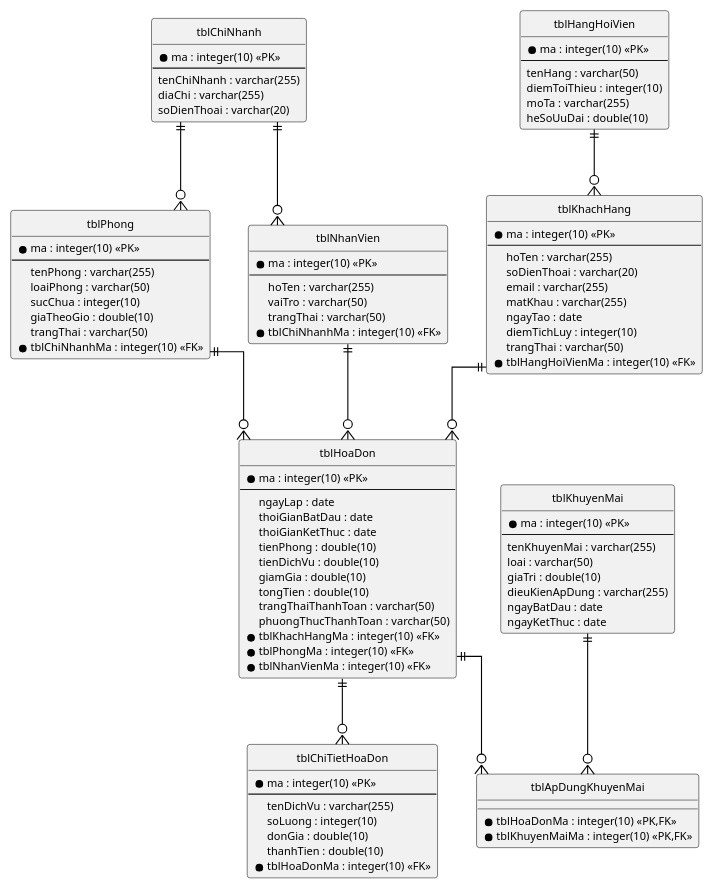
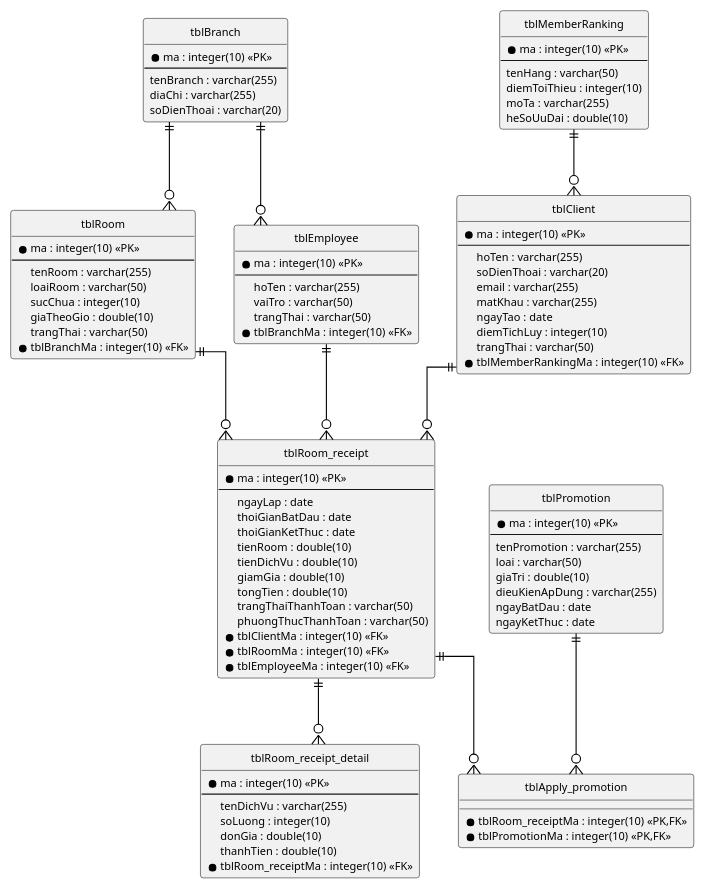
The diagram in docs/tabs/section-booking-iii.2.md (thanhtrnnn/cnpm), drawn with PlantUML before and after one commit. The commit also changed other lines of this file and 16 other files, not shown here.

````diff
--- a/docs/tabs/section-booking-iii.2.md
+++ b/docs/tabs/section-booking-iii.2.md
@@ -59,35 +59,35 @@
 skinparam lineColor #000000
 hide circle
 
-entity "tblChiNhanh" {
+entity "tblBranch" {
   * ma : integer(10) <<PK>>
   --
-  tenChiNhanh : varchar(255)
+  tenBranch : varchar(255)
   diaChi : varchar(255)
   soDienThoai : varchar(20)
 }
 
-entity "tblPhong" {
+entity "tblRoom" {
   * ma : integer(10) <<PK>>
   --
-  tenPhong : varchar(255)
-  loaiPhong : varchar(50)
+  tenRoom : varchar(255)
+  loaiRoom : varchar(50)
   sucChua : integer(10)
   giaTheoGio : double(10)
   trangThai : varchar(50)
-  * tblChiNhanhMa : integer(10) <<FK>>
+  * tblBranchMa : integer(10) <<FK>>
 }
 
-entity "tblNhanVien" {
+entity "tblEmployee" {
   * ma : integer(10) <<PK>>
   --
   hoTen : varchar(255)
   vaiTro : varchar(50)
   trangThai : varchar(50)
-  * tblChiNhanhMa : integer(10) <<FK>>
+  * tblBranchMa : integer(10) <<FK>>
 }
 
-entity "tblKhachHang" {
+entity "tblClient" {
   * ma : integer(10) <<PK>>
   --
   hoTen : varchar(255)
@@ -97,10 +97,10 @@
   ngayTao : date
   diemTichLuy : integer(10)
   trangThai : varchar(50)
-  * tblHangHoiVienMa : integer(10) <<FK>>
+  * tblMemberRankingMa : integer(10) <<FK>>
 }
 
-entity "tblHangHoiVien" {
+entity "tblMemberRanking" {
   * ma : integer(10) <<PK>>
   --
   tenHang : varchar(50)
@@ -109,37 +109,37 @@
   heSoUuDai : double(10)
 }
 
-entity "tblHoaDon" {
+entity "tblRoom_receipt" {
   * ma : integer(10) <<PK>>
   --
   ngayLap : date
   thoiGianBatDau : date
   thoiGianKetThuc : date
-  tienPhong : double(10)
+  tienRoom : double(10)
   tienDichVu : double(10)
   giamGia : double(10)
   tongTien : double(10)
   trangThaiThanhToan : varchar(50)
   phuongThucThanhToan : varchar(50)
-  * tblKhachHangMa : integer(10) <<FK>>
-  * tblPhongMa : integer(10) <<FK>>
-  * tblNhanVienMa : integer(10) <<FK>>
+  * tblClientMa : integer(10) <<FK>>
+  * tblRoomMa : integer(10) <<FK>>
+  * tblEmployeeMa : integer(10) <<FK>>
 }
 
-entity "tblChiTietHoaDon" {
+entity "tblRoom_receipt_detail" {
   * ma : integer(10) <<PK>>
   --
   tenDichVu : varchar(255)
   soLuong : integer(10)
   donGia : double(10)
   thanhTien : double(10)
-  * tblHoaDonMa : integer(10) <<FK>>
+  * tblRoom_receiptMa : integer(10) <<FK>>
 }
 
-entity "tblKhuyenMai" {
+entity "tblPromotion" {
   * ma : integer(10) <<PK>>
   --
-  tenKhuyenMai : varchar(255)
+  tenPromotion : varchar(255)
   loai : varchar(50)
   giaTri : double(10)
   dieuKienApDung : varchar(255)
@@ -147,19 +147,19 @@
   ngayKetThuc : date
 }
 
-entity "tblApDungKhuyenMai" {
-  * tblHoaDonMa : integer(10) <<PK,FK>>
-  * tblKhuyenMaiMa : integer(10) <<PK,FK>>
+entity "tblApply_promotion" {
+  * tblRoom_receiptMa : integer(10) <<PK,FK>>
+  * tblPromotionMa : integer(10) <<PK,FK>>
 }
 
-tblChiNhanh ||--o{ tblPhong
-tblChiNhanh ||--o{ tblNhanVien
-tblHangHoiVien ||--o{ tblKhachHang
-tblKhachHang ||--o{ tblHoaDon
-tblPhong ||--o{ tblHoaDon
-tblNhanVien ||--o{ tblHoaDon
-tblHoaDon ||--o{ tblChiTietHoaDon
-tblHoaDon ||--o{ tblApDungKhuyenMai
-tblKhuyenMai ||--o{ tblApDungKhuyenMai
+tblBranch ||--o{ tblRoom
+tblBranch ||--o{ tblEmployee
+tblMemberRanking ||--o{ tblClient
+tblClient ||--o{ tblRoom_receipt
+tblRoom ||--o{ tblRoom_receipt
+tblEmployee ||--o{ tblRoom_receipt
+tblRoom_receipt ||--o{ tblRoom_receipt_detail
+tblRoom_receipt ||--o{ tblApply_promotion
+tblPromotion ||--o{ tblApply_promotion
 @enduml
 ```
````
